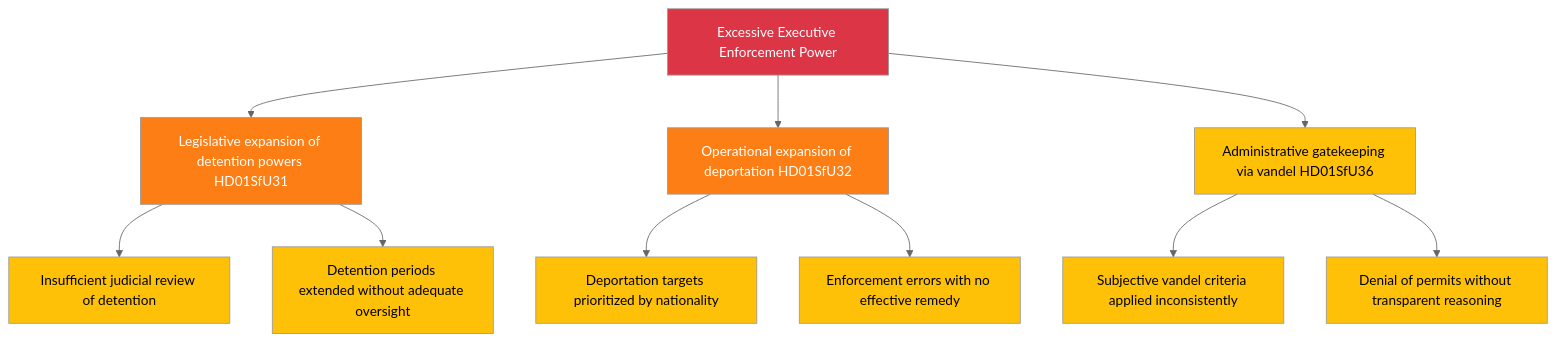
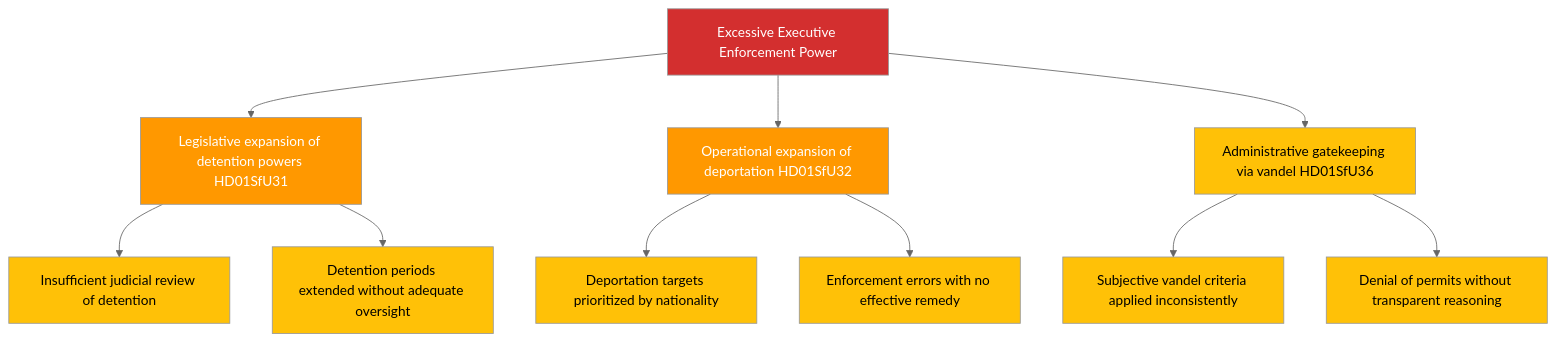
Before and after one commit to Hack23/riksdagsmonitor: the second of 2 diagrams in analysis/daily/2026-04-10/realtime-1424/threat-analysis.md, drawn with Mermaid (neutral theme). The commit also changed other lines of this file and 785 other files, not shown here.

First line of the commit message:
Normalize mermaid colors across 786 analysis artifacts to ISMS Style Guide palette

````diff
--- a/analysis/daily/2026-04-10/realtime-1424/threat-analysis.md
+++ b/analysis/daily/2026-04-10/realtime-1424/threat-analysis.md
@@ -49,23 +49,23 @@
 ```mermaid
 graph TD
     ROOT["Excessive Executive Enforcement Power"]
     ROOT --> A["Legislative expansion of detention powers HD01SfU31"]
     ROOT --> B["Operational expansion of deportation HD01SfU32"]
     ROOT --> C["Administrative gatekeeping via vandel HD01SfU36"]
     A --> A1["Insufficient judicial review of detention"]
     A --> A2["Detention periods extended without adequate oversight"]
     B --> B1["Deportation targets prioritized by nationality"]
     B --> B2["Enforcement errors with no effective remedy"]
     C --> C1["Subjective vandel criteria applied inconsistently"]
     C --> C2["Denial of permits without transparent reasoning"]
-    style ROOT fill:#dc3545,color:#fff
-    style A fill:#fd7e14,color:#fff
-    style B fill:#fd7e14,color:#fff
-    style C fill:#ffc107,color:#000
-    style A1 fill:#ffc107,color:#000
-    style A2 fill:#ffc107,color:#000
-    style B1 fill:#ffc107,color:#000
-    style B2 fill:#ffc107,color:#000
-    style C1 fill:#ffc107,color:#000
-    style C2 fill:#ffc107,color:#000
+    style ROOT fill:#D32F2F,color:#FFFFFF
+    style A fill:#FF9800,color:#FFFFFF
+    style B fill:#FF9800,color:#FFFFFF
+    style C fill:#FFC107,color:#000000
+    style A1 fill:#FFC107,color:#000000
+    style A2 fill:#FFC107,color:#000000
+    style B1 fill:#FFC107,color:#000000
+    style B2 fill:#FFC107,color:#000000
+    style C1 fill:#FFC107,color:#000000
+    style C2 fill:#FFC107,color:#000000
 ```
````
